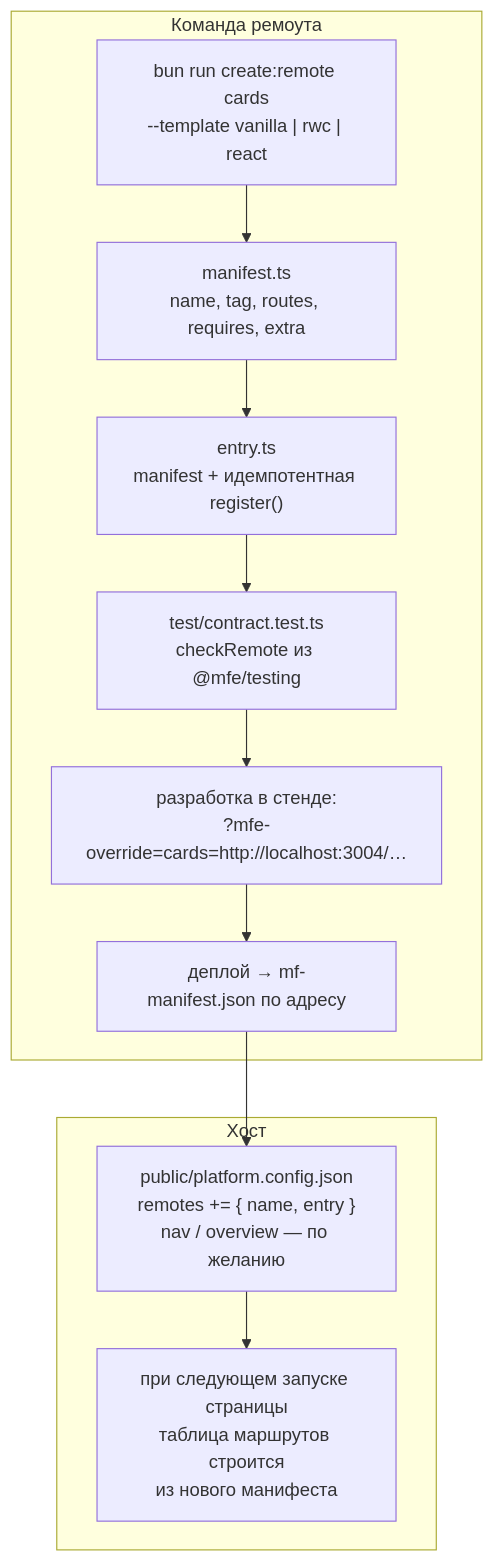
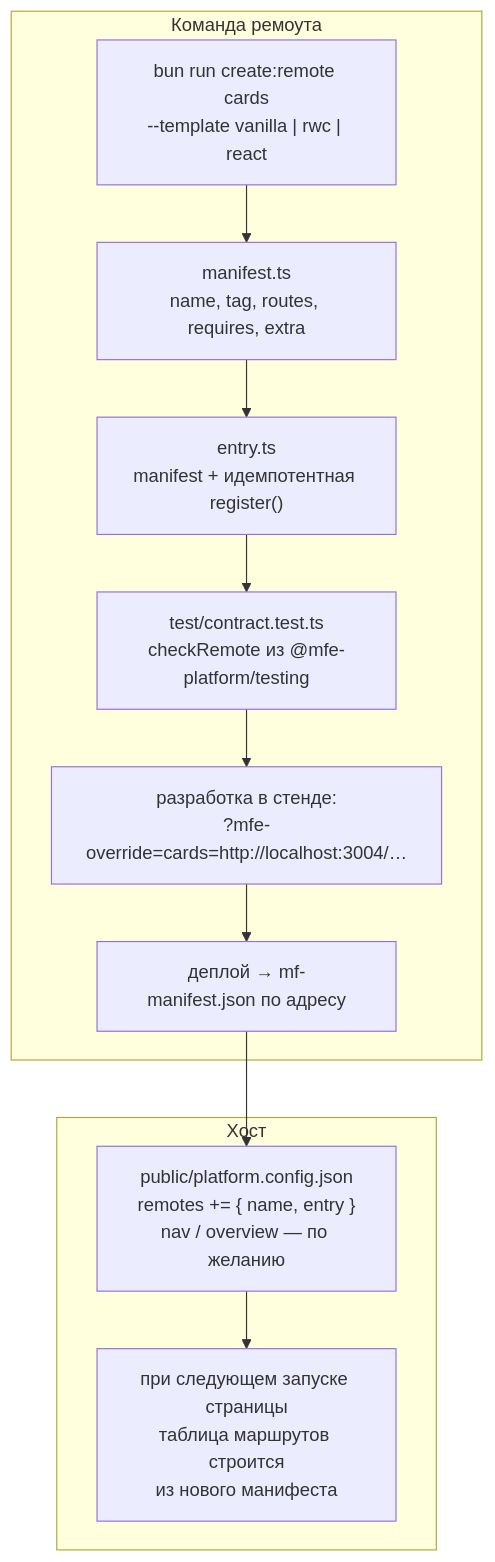
One commit to tamazyanarsen/mfe-platform changed the ninth of 9 diagrams in docs/architecture.md. Above: the diagram before and after it, drawn with Mermaid. The commit also changed other lines of this file and 106 other files, not shown here.

First line of the commit message:
refactor: scope @mfe-platform, сборка ремоута — пакет @mfe-platform/rsbuild

````diff
--- a/docs/architecture.md
+++ b/docs/architecture.md
@@ -353,20 +353,20 @@
 ```mermaid
 flowchart TB
   subgraph team["Команда ремоута"]
     a0["bun run create:remote cards<br/>--template vanilla | rwc | react"]
     a1["manifest.ts<br/>name, tag, routes, requires, extra"]
     a2["entry.ts<br/>manifest + идемпотентная register()"]
-    a3["test/contract.test.ts<br/>checkRemote из @mfe/testing"]
+    a3["test/contract.test.ts<br/>checkRemote из @mfe-platform/testing"]
     a5["разработка в стенде:<br/>?mfe-override=cards=http://localhost:3004/…"]
     a4["деплой → mf-manifest.json по адресу"]
     a0 --> a1 --> a2 --> a3 --> a5 --> a4
   end
 
   subgraph platform["Хост"]
     b1["public/platform.config.json<br/>remotes += { name, entry }<br/>nav / overview — по желанию"]
     b2["при следующем запуске страницы<br/>таблица маршрутов строится<br/>из нового манифеста"]
     b1 --> b2
   end
 
   a4 --> b1
 ```
````
